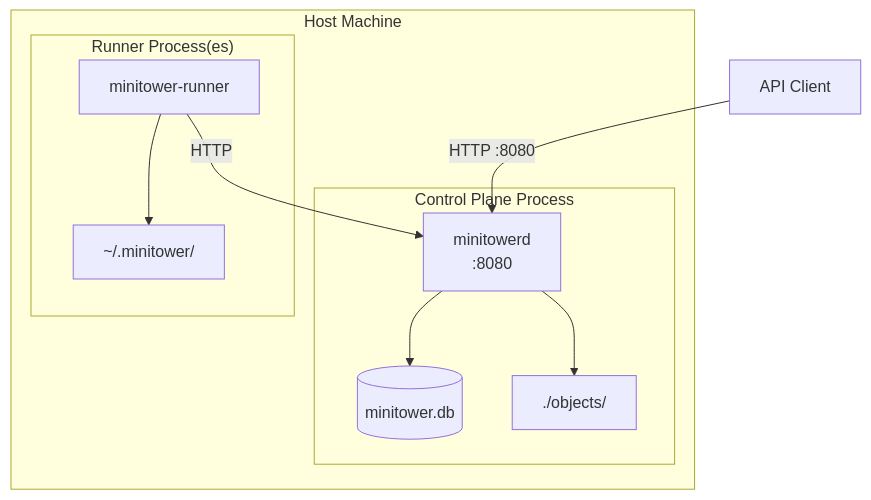
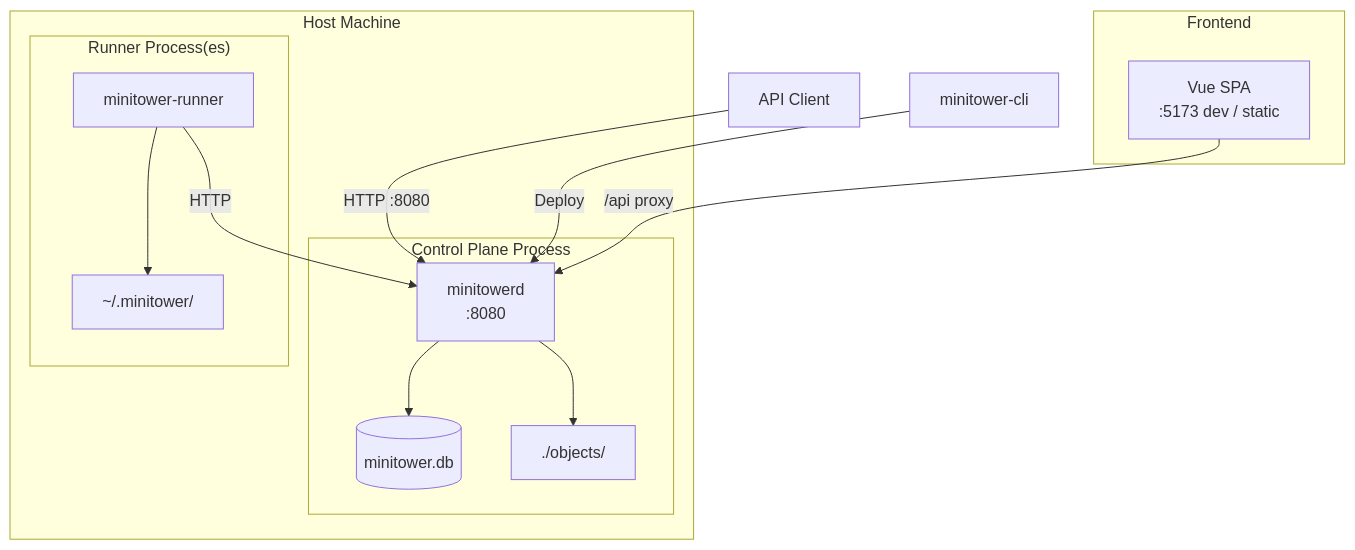
Before and after one commit to ryan-h265/mini-tower: the fourth of 5 diagrams in docs/architecture.md, drawn with Mermaid. The commit also changed other lines of this file and 1 other file, not shown here.

First line of the commit message:
Update architecture diagrams and docs for Towerfile and frontend

````diff
--- a/docs/architecture.md
+++ b/docs/architecture.md
@@ -176,22 +205,29 @@
 ```mermaid
 graph TB
     subgraph "Host Machine"
         subgraph "Control Plane Process"
             MTWD[minitowerd<br/>:8080]
             SQLITE[(minitower.db)]
             OBJDIR[./objects/]
         end
 
         subgraph "Runner Process(es)"
             RUNNER1[minitower-runner]
             WORK1[~/.minitower/]
         end
     end
 
     MTWD --> SQLITE
     MTWD --> OBJDIR
     RUNNER1 -->|HTTP| MTWD
     RUNNER1 --> WORK1
 
     CLIENT[API Client] -->|HTTP :8080| MTWD
+    MCLI[minitower-cli] -->|Deploy| MTWD
+
+    subgraph "Frontend"
+        VUE[Vue SPA<br/>:5173 dev / static]
+    end
+
+    VUE -->|/api proxy| MTWD
 ```
````
